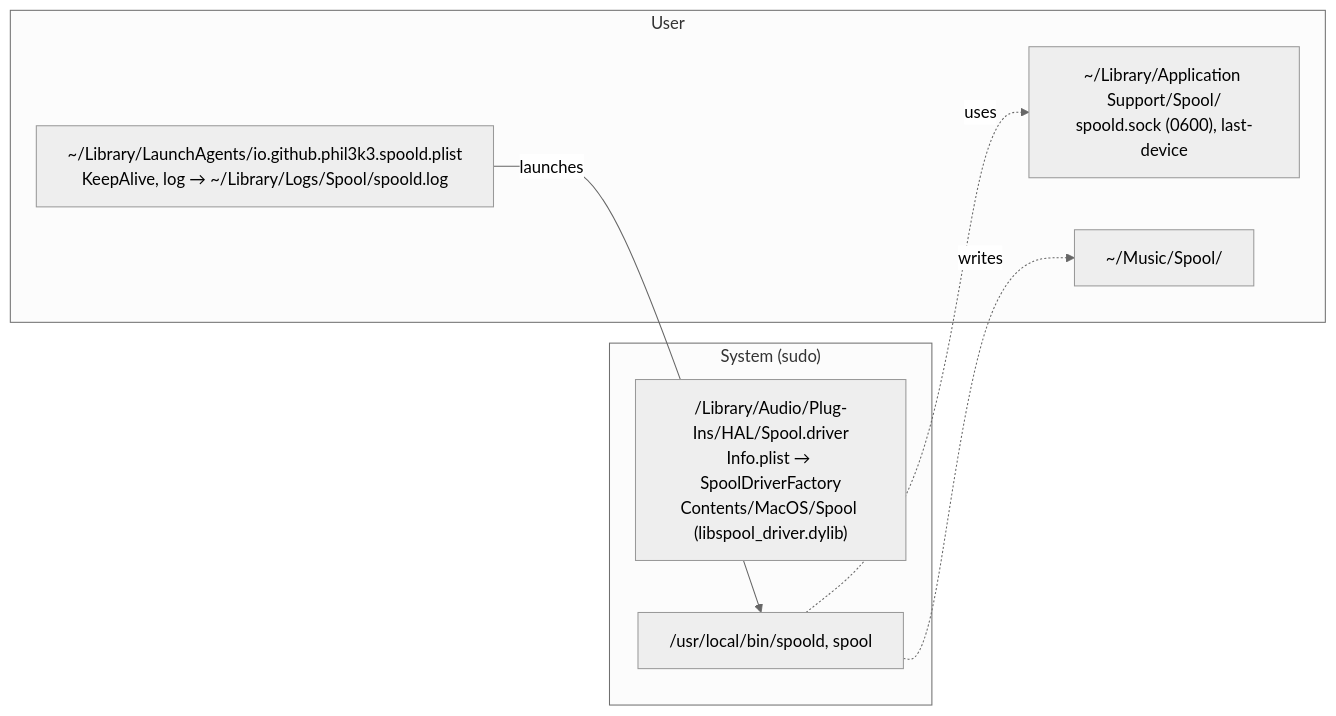
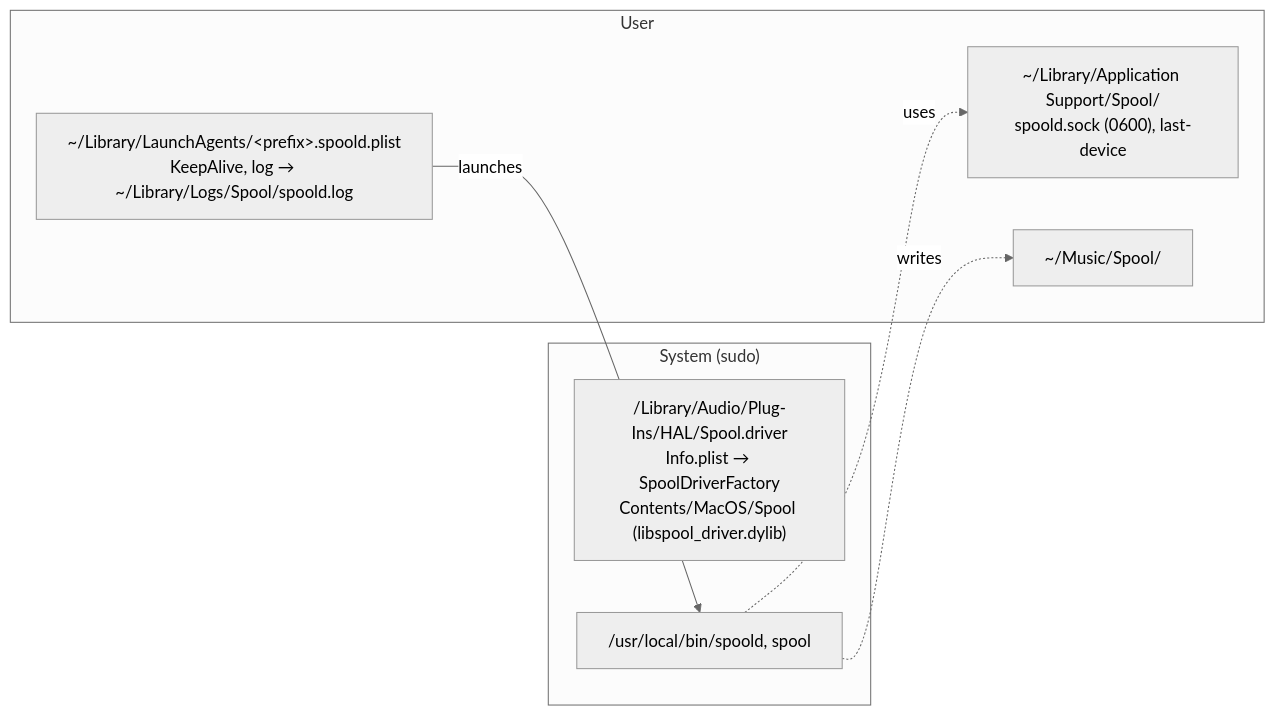
Before and after one commit to phil3k3/spool: diagram 13 of 13 in docs/ARCHITECTURE.md, drawn with Mermaid (neutral theme). The commit also changed 20 other files, not shown here.

````diff
--- a/docs/ARCHITECTURE.md
+++ b/docs/ARCHITECTURE.md
@@ -394,15 +394,15 @@
 ```mermaid
 flowchart LR
     subgraph sys["System (sudo)"]
         B["/Library/Audio/Plug-Ins/HAL/Spool.driver<br/>Info.plist → SpoolDriverFactory<br/>Contents/MacOS/Spool (libspool_driver.dylib)"]
         BIN["/usr/local/bin/spoold, spool"]
     end
     subgraph usr["User"]
-        LA["~/Library/LaunchAgents/io.github.phil3k3.spoold.plist<br/>KeepAlive, log → ~/Library/Logs/Spool/spoold.log"]
+        LA["~/Library/LaunchAgents/&lt;prefix&gt;.spoold.plist<br/>KeepAlive, log → ~/Library/Logs/Spool/spoold.log"]
         SUP["~/Library/Application Support/Spool/<br/>spoold.sock (0600), last-device"]
         MUS["~/Music/Spool/"]
     end
     LA -- launches --> BIN
     BIN -. uses .-> SUP
     BIN -. writes .-> MUS
 ```
````
